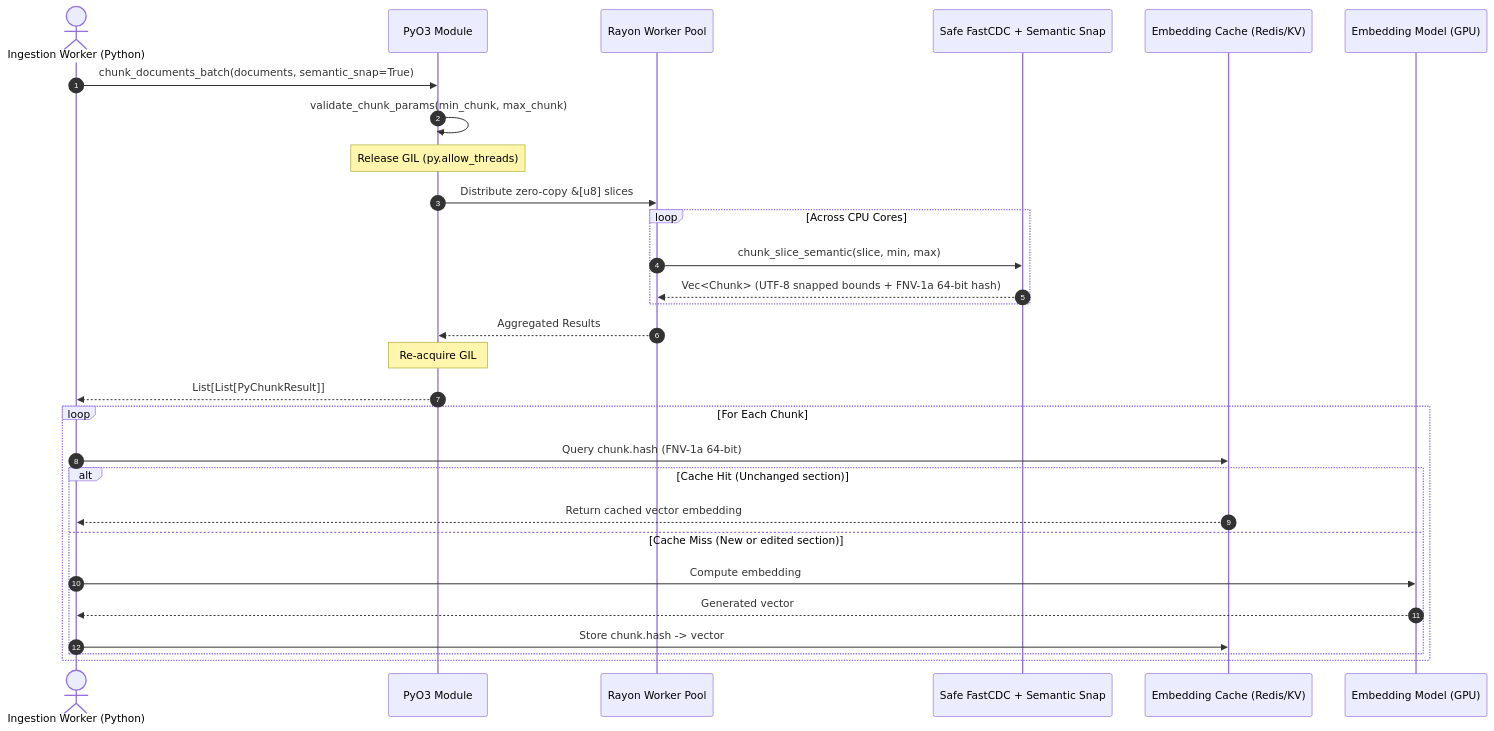
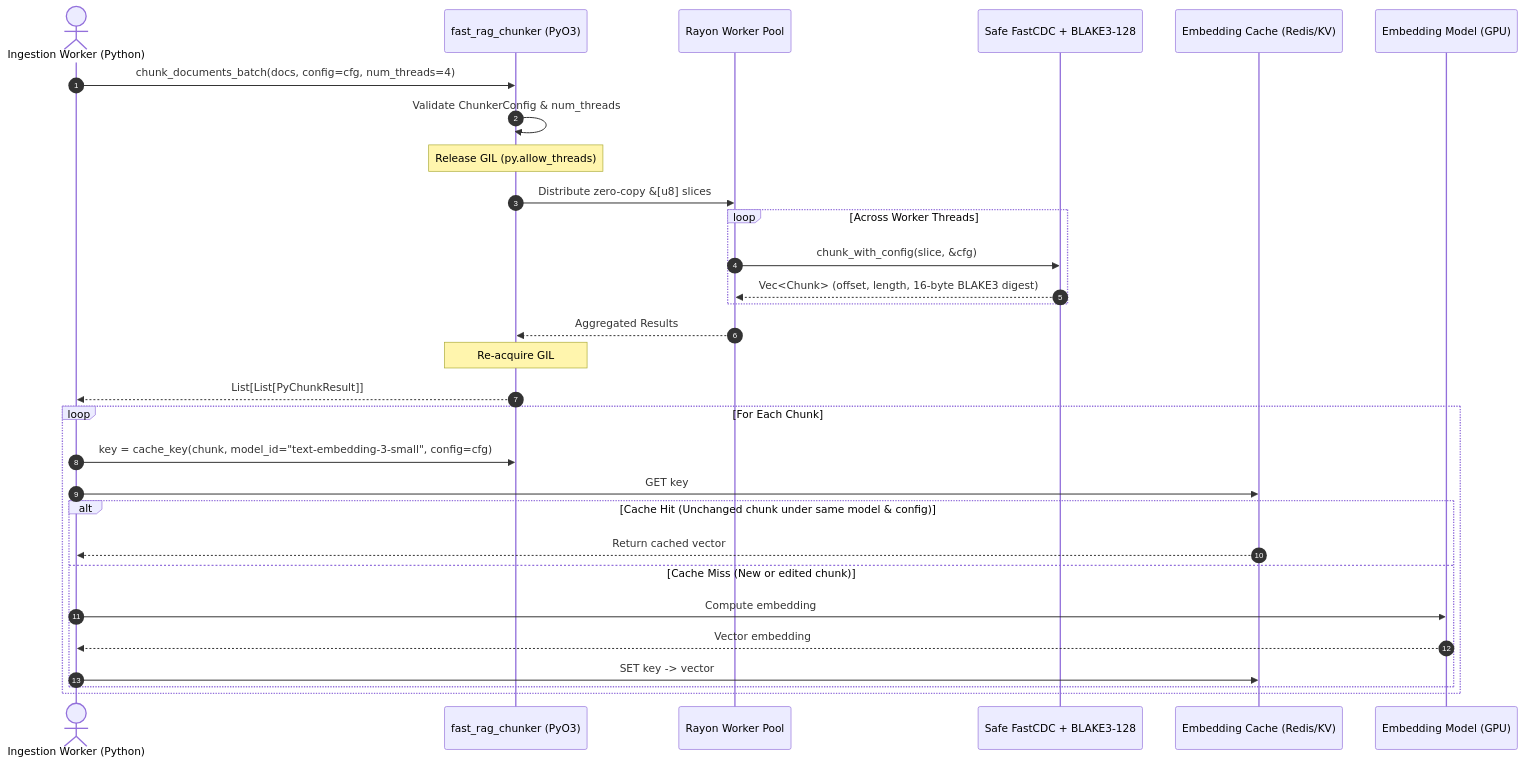
Before and after one commit to mjlelis/fast-rag-chunker: the third of 3 diagrams in README.md, drawn with Mermaid. The commit also changed other lines of this file and 87 other files, not shown here.

Commit message:
feat(v0.2.0): 128-bit BLAKE3 digests, ChunkerConfig, cache_key, v2 FFI, and dedup/throughput benchmarks

````diff
--- a/README.md
+++ b/README.md
@@ -152,33 +149,34 @@
 ```mermaid
 sequenceDiagram
     autonumber
     actor Pipeline as Ingestion Worker (Python)
-    participant PyO3 as PyO3 Module
+    participant PyO3 as fast_rag_chunker (PyO3)
     participant Rayon as Rayon Worker Pool
-    participant SafeRust as Safe FastCDC + Semantic Snap
+    participant SafeRust as Safe FastCDC + BLAKE3-128
     participant Cache as Embedding Cache (Redis/KV)
     participant Model as Embedding Model (GPU)
 
-    Pipeline->>PyO3: chunk_documents_batch(documents, semantic_snap=True)
-    PyO3->>PyO3: validate_chunk_params(min_chunk, max_chunk)
+    Pipeline->>PyO3: chunk_documents_batch(docs, config=cfg, num_threads=4)
+    PyO3->>PyO3: Validate ChunkerConfig & num_threads
     Note over PyO3: Release GIL (py.allow_threads)
     PyO3->>Rayon: Distribute zero-copy &[u8] slices
-    loop Across CPU Cores
-        Rayon->>SafeRust: chunk_slice_semantic(slice, min, max)
-        SafeRust-->>Rayon: Vec<Chunk> (UTF-8 snapped bounds + FNV-1a 64-bit hash)
+    loop Across Worker Threads
+        Rayon->>SafeRust: chunk_with_config(slice, &cfg)
+        SafeRust-->>Rayon: Vec<Chunk> (offset, length, 16-byte BLAKE3 digest)
     end
     Rayon-->>PyO3: Aggregated Results
     Note over PyO3: Re-acquire GIL
     PyO3-->>Pipeline: List[List[PyChunkResult]]
 
     loop For Each Chunk
-        Pipeline->>Cache: Query chunk.hash (FNV-1a 64-bit)
-        alt Cache Hit (Unchanged section)
-            Cache-->>Pipeline: Return cached vector embedding
-        else Cache Miss (New or edited section)
+        Pipeline->>PyO3: key = cache_key(chunk, model_id="text-embedding-3-small", config=cfg)
+        Pipeline->>Cache: GET key
+        alt Cache Hit (Unchanged chunk under same model & config)
+            Cache-->>Pipeline: Return cached vector
+        else Cache Miss (New or edited chunk)
             Pipeline->>Model: Compute embedding
-            Model-->>Pipeline: Generated vector
-            Pipeline->>Cache: Store chunk.hash -> vector
+            Model-->>Pipeline: Vector embedding
+            Pipeline->>Cache: SET key -> vector
         end
     end
 ```
````
